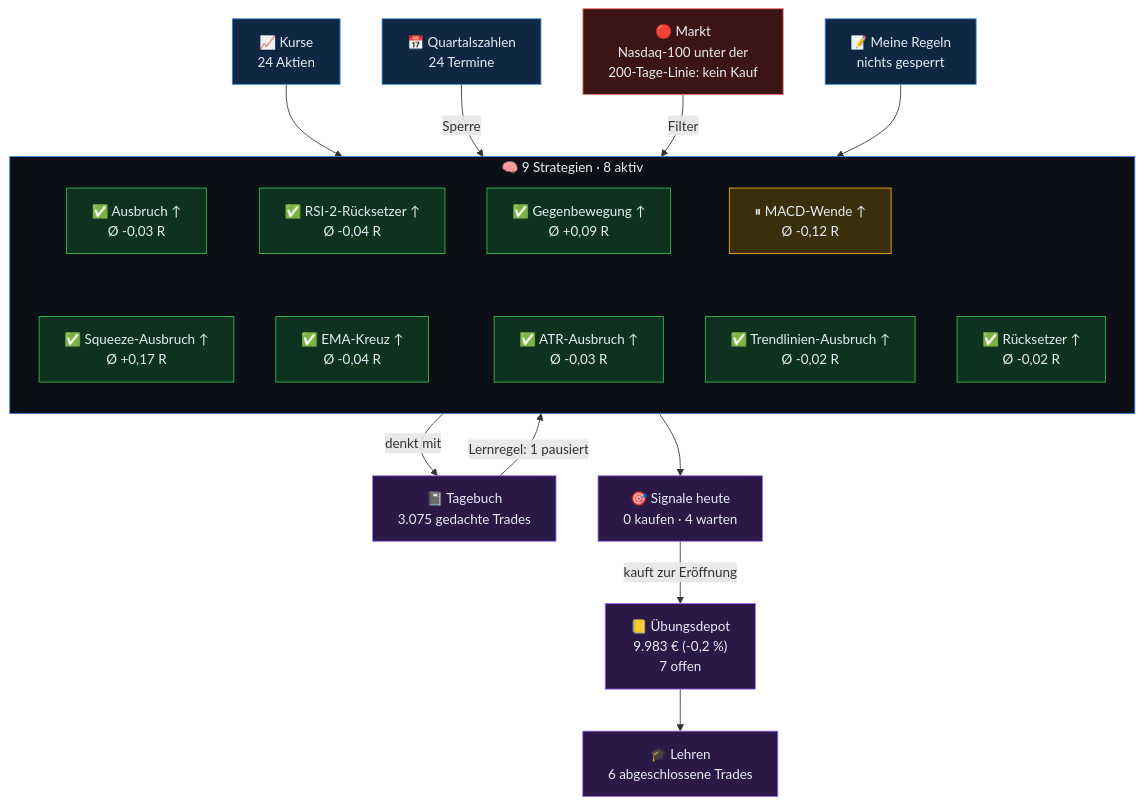
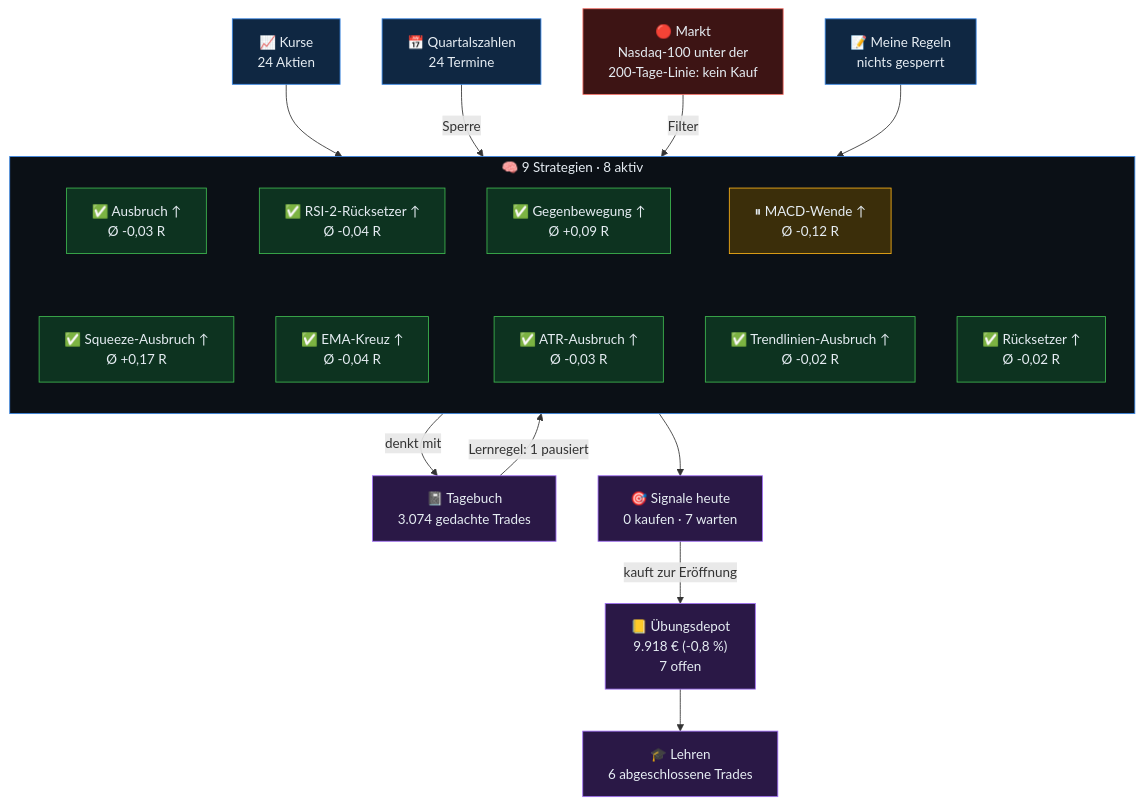
Before and after one commit to sickingmalte-arch/Test-Bot: the diagram in gehirn/Start.md, drawn with Mermaid. The commit also changed other lines of this file and 32 other files, not shown here.

````diff
--- a/gehirn/Start.md
+++ b/gehirn/Start.md
@@ -9,48 +9,48 @@
 ```mermaid
 flowchart TB
   kurse["📈 Kurse<br/>24 Aktien"]
   termine["📅 Quartalszahlen<br/>24 Termine"]
   markt["🔴 Markt<br/>Nasdaq-100 unter der<br/>200-Tage-Linie: kein Kauf"]
   regeln["📝 Meine Regeln<br/>nichts gesperrt"]
   subgraph KERN["🧠 9 Strategien · 8 aktiv"]
     direction TB
     s0["✅ Ausbruch ↑<br/>Ø -0,03 R"]
     s1["✅ RSI-2-Rücksetzer ↑<br/>Ø -0,04 R"]
     s2["✅ Gegenbewegung ↑<br/>Ø +0,09 R"]
     s3["⏸ MACD-Wende ↑<br/>Ø -0,12 R"]
     s4["✅ Rücksetzer ↑<br/>Ø -0,02 R"]
     s5["✅ Squeeze-Ausbruch ↑<br/>Ø +0,17 R"]
     s6["✅ EMA-Kreuz ↑<br/>Ø -0,04 R"]
     s7["✅ ATR-Ausbruch ↑<br/>Ø -0,03 R"]
     s8["✅ Trendlinien-Ausbruch ↑<br/>Ø -0,02 R"]
     s0 ~~~ s5
     s1 ~~~ s6
     s2 ~~~ s7
     s3 ~~~ s8
   end
-  tb["📓 Tagebuch<br/>3.075 gedachte Trades"]
-  sig["🎯 Signale heute<br/>0 kaufen · 4 warten"]
-  depot["📒 Übungsdepot<br/>9.983 € (-0,2 %)<br/>7 offen"]
+  tb["📓 Tagebuch<br/>3.074 gedachte Trades"]
+  sig["🎯 Signale heute<br/>0 kaufen · 7 warten"]
+  depot["📒 Übungsdepot<br/>9.918 € (-0,8 %)<br/>7 offen"]
   lehren["🎓 Lehren<br/>6 abgeschlossene Trades"]
   kurse --> KERN
   termine -->|Sperre| KERN
   markt -->|Filter| KERN
   regeln --> KERN
   KERN -->|denkt mit| tb
   tb -->|Lernregel: 1 pausiert| KERN
   KERN --> sig
   sig -->|kauft zur Eröffnung| depot
   depot --> lehren
   classDef ein fill:#0f2742,stroke:#3987e5,color:#e6edf3
   classDef rot fill:#3d1414,stroke:#f47067,color:#e6edf3
   classDef aktiv fill:#0d3320,stroke:#3fb950,color:#e6edf3
   classDef pausiert fill:#3b2e0a,stroke:#fab219,color:#e6edf3
   classDef aus fill:#22272e,stroke:#6e7681,color:#9ba7b4
   classDef aus2 fill:#2a1846,stroke:#a371f7,color:#e6edf3
   class kurse,termine,regeln ein
   class markt rot
   class tb,sig,depot,lehren aus2
   class s0,s1,s2,s4,s5,s6,s7,s8 aktiv
   class s3 pausiert
   style KERN fill:#0b1016,stroke:#3987e5,color:#e6edf3
 ```
````
